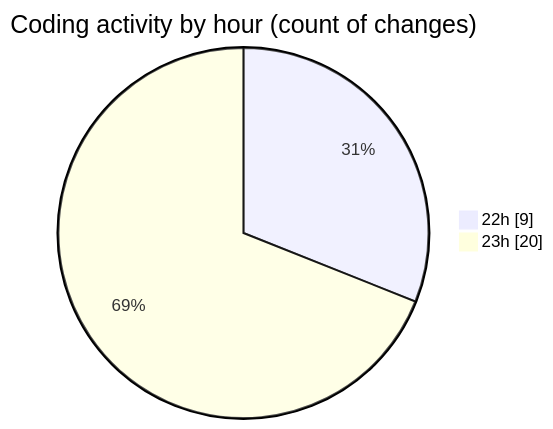
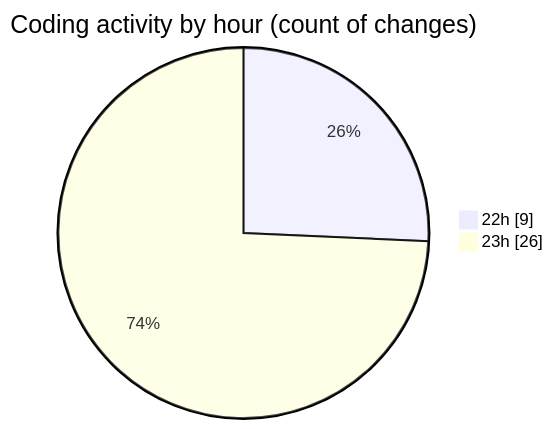
One commit to becaeroporto-bot/code-tracking changed the second of 2 diagrams in 2026-02-16/chatbot-ui-main/README.md. Above: the diagram before and after it, drawn with Mermaid. The commit also changed other lines of this file and 1 other file, not shown here.

````diff
--- a/2026-02-16/chatbot-ui-main/README.md
+++ b/2026-02-16/chatbot-ui-main/README.md
@@ -35,6 +39,6 @@
 ```mermaid
 pie showData
 title Coding activity by hour (count of changes)
 "22h" : 9
-"23h" : 20
+"23h" : 26
 ```
````
